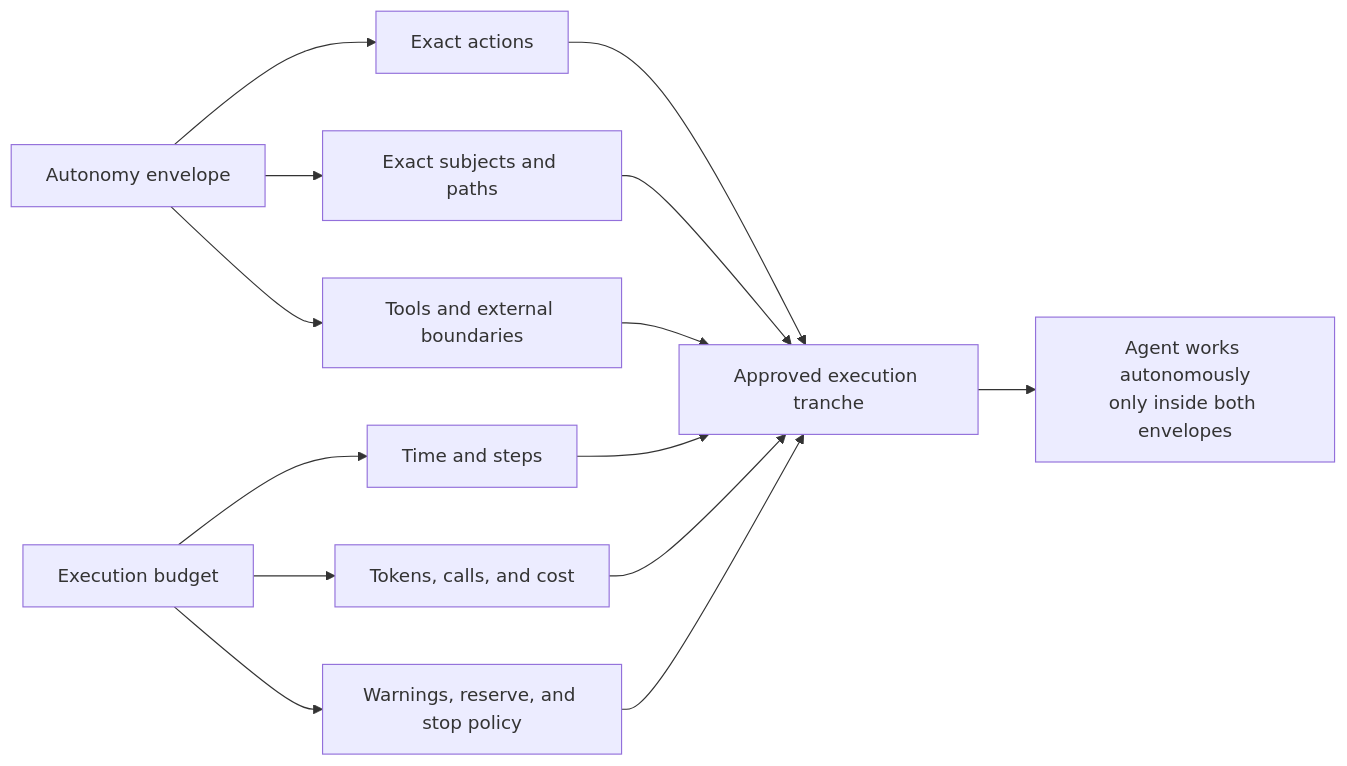
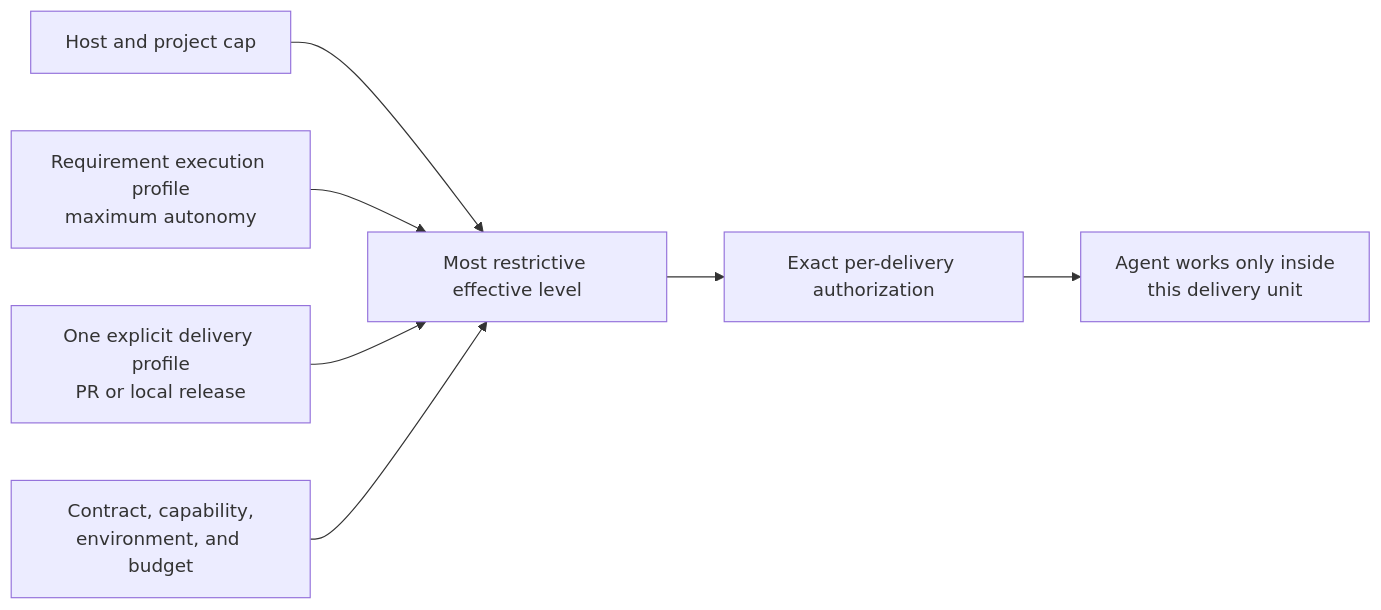
Before and after one commit to aantenore/agentic-sdlc-codex-plugin: the second of 3 diagrams in README.md, drawn with Mermaid. The commit also changed other lines of this file and 16 other files, not shown here.

Commit message:
docs(sdlc): explain per-delivery autonomy

````diff
--- a/README.md
+++ b/README.md
@@ -131,16 +137,9 @@
 ```mermaid
 flowchart LR
-  A["Autonomy envelope"] --> A1["Exact actions"]
-  A --> A2["Exact subjects and paths"]
-  A --> A3["Tools and external boundaries"]
-  B["Execution budget"] --> B1["Time and steps"]
-  B --> B2["Tokens, calls, and cost"]
-  B --> B3["Warnings, reserve, and stop policy"]
-  A1 --> C["Approved execution tranche"]
-  A2 --> C
-  A3 --> C
-  B1 --> C
-  B2 --> C
-  B3 --> C
-  C --> D["Agent works autonomously<br/>only inside both envelopes"]
+  H["Host and project cap"] --> E["Most restrictive effective level"]
+  R["Requirement execution profile<br/>maximum autonomy"] --> E
+  D["One explicit delivery profile<br/>PR or local release"] --> E
+  C["Contract, capability,<br/>environment, and budget"] --> E
+  E --> X["Exact per-delivery authorization"]
+  X --> W["Agent works only inside<br/>this delivery unit"]
 ```
````
